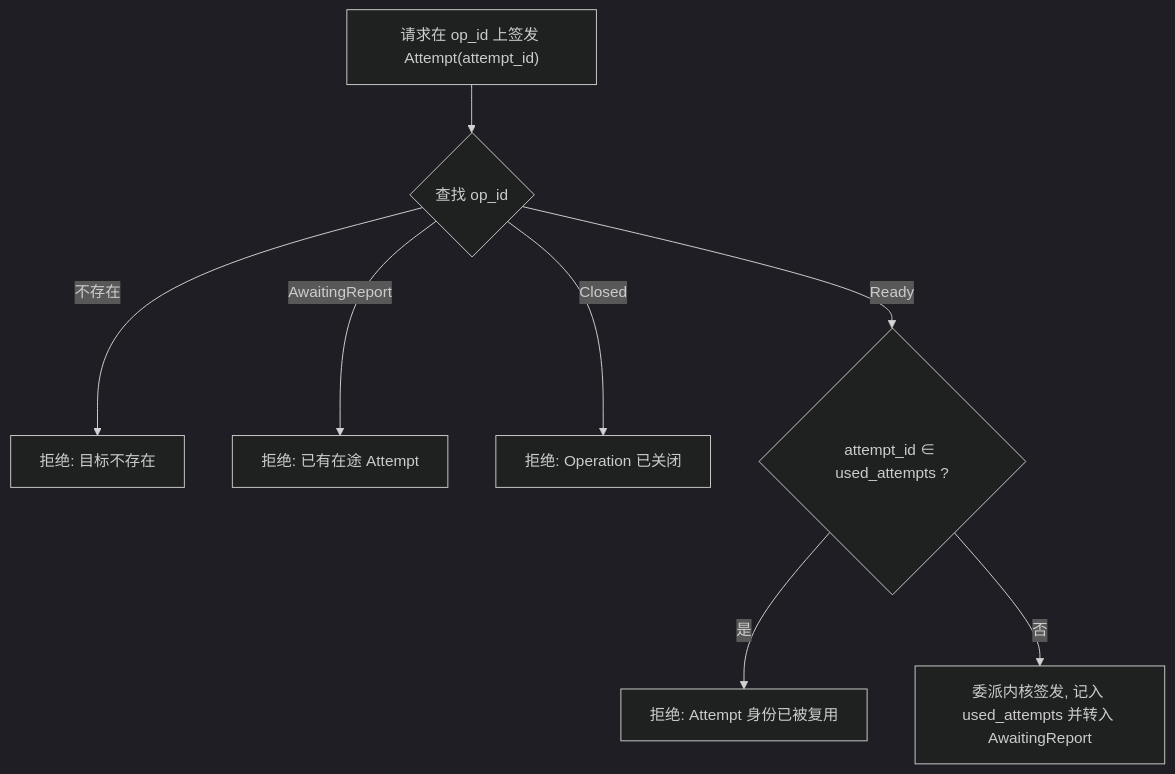
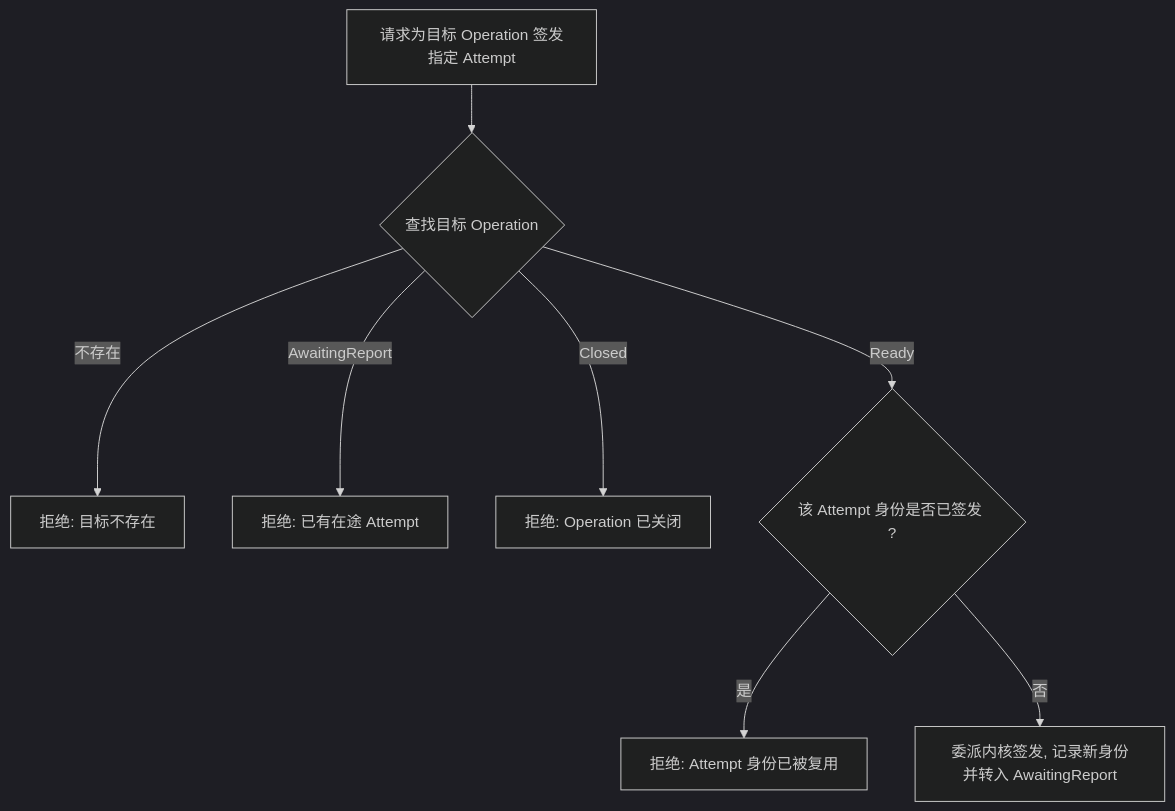
Before and after one commit to Everfold/Beamlet: the second of 2 diagrams in spec/02-ledger.md, drawn with Mermaid (dark theme). The commit also changed other lines of this file and 16 other files, not shown here.

````diff
--- a/spec/02-ledger.md
+++ b/spec/02-ledger.md
@@ -25,10 +25,10 @@
 ```mermaid
 flowchart TD
-    Req["请求在 op_id 上签发 Attempt(attempt_id)"] --> FindOp{"查找 op_id"}
+    Req["请求为目标 Operation 签发指定 Attempt"] --> FindOp{"查找目标 Operation"}
     FindOp -->|"不存在"| E1["拒绝: 目标不存在"]
     FindOp -->|"AwaitingReport"| E2["拒绝: 已有在途 Attempt"]
     FindOp -->|"Closed"| E3["拒绝: Operation 已关闭"]
-    FindOp -->|"Ready"| Used{"attempt_id ∈ used_attempts ?"}
+    FindOp -->|"Ready"| Used{"该 Attempt 身份是否已签发 ?"}
     Used -->|"是"| E4["拒绝: Attempt 身份已被复用"]
-    Used -->|"否"| OK["委派内核签发, 记入 used_attempts 并转入 AwaitingReport"]
+    Used -->|"否"| OK["委派内核签发, 记录新身份并转入 AwaitingReport"]
 ```
````
